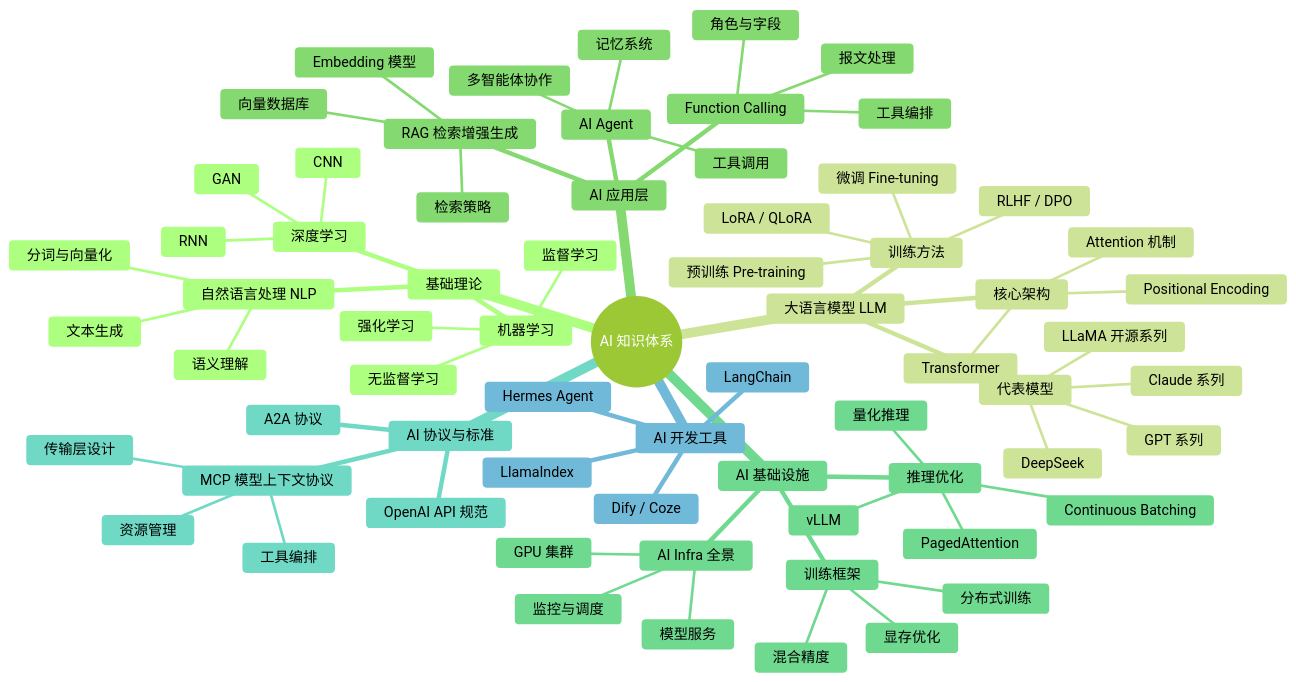
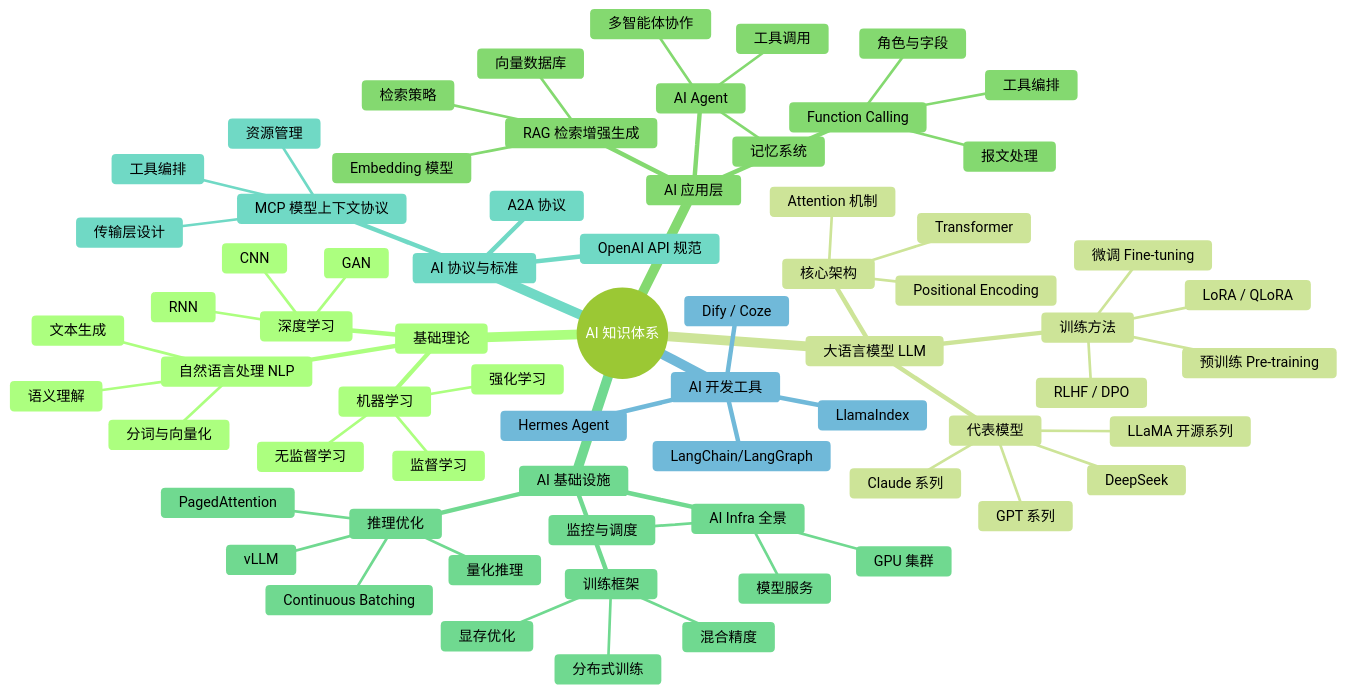
One commit to feifeigd/feifeigd.github.io changed the diagram in src/pages/ai.mdx. Above: the diagram before and after it, drawn with Mermaid (forest theme). The commit also changed 3 other files, not shown here.

````diff
--- a/src/pages/ai.mdx
+++ b/src/pages/ai.mdx
@@ -14,71 +14,71 @@
 ```mermaid
 mindmap
   root((AI 知识体系))
     基础理论
       机器学习
         监督学习
         无监督学习
         强化学习
       深度学习
         CNN
         RNN
         GAN
       自然语言处理 NLP
         分词与向量化
         语义理解
         文本生成
     大语言模型 LLM
       核心架构
         Transformer
         Attention 机制
         Positional Encoding
       代表模型
         GPT 系列
         Claude 系列
         DeepSeek
         LLaMA 开源系列
       训练方法
         预训练 Pre-training
         微调 Fine-tuning
         RLHF / DPO
         LoRA / QLoRA
     AI 应用层
       RAG 检索增强生成
         向量数据库
         Embedding 模型
         检索策略
       AI Agent
         工具调用
         记忆系统
         多智能体协作
       Function Calling
         角色与字段
         报文处理
         工具编排
     AI 基础设施
       推理优化
         vLLM
         PagedAttention
         Continuous Batching
         量化推理
       训练框架
         分布式训练
         混合精度
         显存优化
       AI Infra 全景
         GPU 集群
         模型服务
         监控与调度
     AI 协议与标准
       MCP 模型上下文协议
         传输层设计
         工具编排
         资源管理
       A2A 协议
       OpenAI API 规范
     AI 开发工具
-      LangChain
+      LangChain/LangGraph
       LlamaIndex
       Hermes Agent
       Dify / Coze
 ```
````
